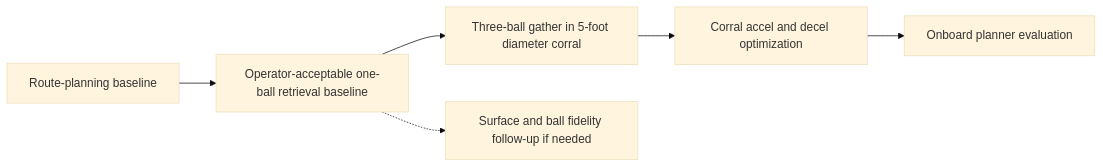
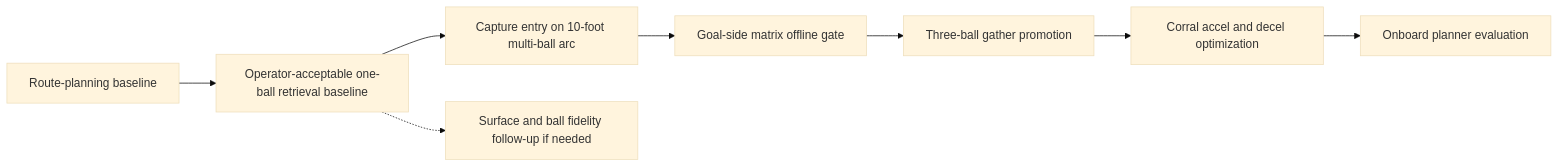
One commit to fsmalkin/chasebot changed the diagram in docs/ROADMAP_2026_H2.md. Above: the diagram before and after it, drawn with Mermaid (base theme). The commit also changed other lines of this file and 9 other files, not shown here.

Commit message:
checkpoint: add capture-entry fresh approach gate

````diff
--- a/docs/ROADMAP_2026_H2.md
+++ b/docs/ROADMAP_2026_H2.md
@@ -150,8 +151,10 @@
 ```mermaid
 flowchart LR
     A[Route-planning baseline] --> B[Operator-acceptable one-ball retrieval baseline]
-    B --> C[Three-ball gather in 5-foot diameter corral]
-    C --> D[Corral accel and decel optimization]
-    D --> E[Onboard planner evaluation]
-    B -.-> F[Surface and ball fidelity follow-up if needed]
+    B --> C[Capture entry on 10-foot multi-ball arc]
+    C --> D[Goal-side matrix offline gate]
+    D --> E[Three-ball gather promotion]
+    E --> F[Corral accel and decel optimization]
+    F --> G[Onboard planner evaluation]
+    B -.-> H[Surface and ball fidelity follow-up if needed]
 ```
````
